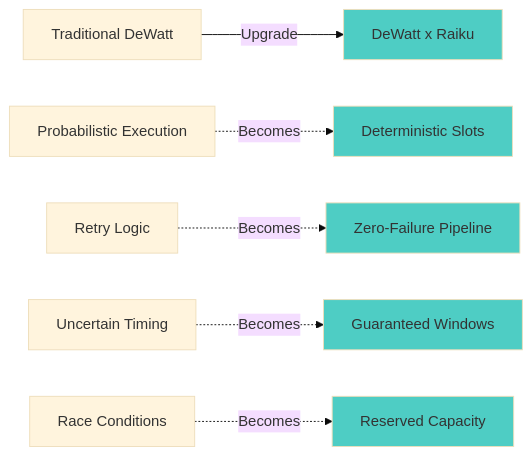
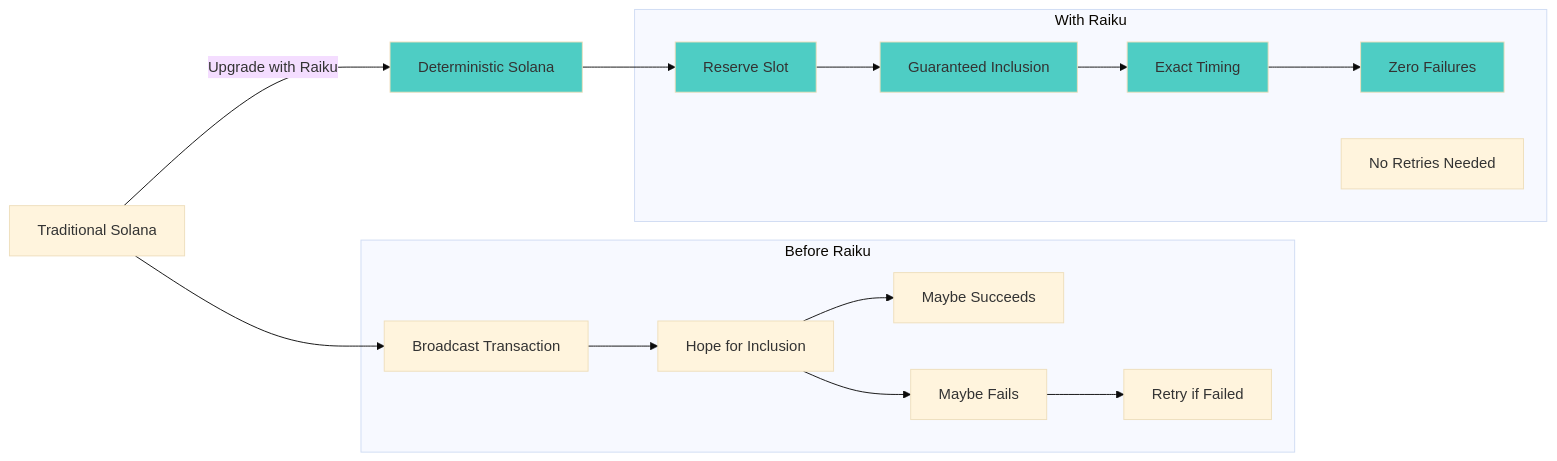
Before and after one commit to 7ttp/raiku-x-dewatt: the second of 5 diagrams in README.md, drawn with Mermaid (base theme). The commit also changed other lines of this file, not shown here.

````diff
--- a/README.md
+++ b/README.md
@@ -117,15 +190,30 @@
 ```mermaid
 graph LR
-    A[Traditional DeWatt] -->|Upgrade| B[DeWatt x Raiku]
+    A[Traditional Solana] -->|Upgrade with Raiku| B[Deterministic Solana]
     
-    A1[Probabilistic Execution] -.->|Becomes| B1[Deterministic Slots]
-    A2[Retry Logic] -.->|Becomes| B2[Zero-Failure Pipeline]
-    A3[Uncertain Timing] -.->|Becomes| B3[Guaranteed Windows]
-    A4[Race Conditions] -.->|Becomes| B4[Reserved Capacity]
+    subgraph "Before Raiku"
+        A1[Broadcast Transaction]
+        A2[Hope for Inclusion]
+        A3[Maybe Succeeds]
+        A4[Maybe Fails]
+        A5[Retry if Failed]
+    end
+    
+    subgraph "With Raiku"
+        B1[Reserve Slot]
+        B2[Guaranteed Inclusion]
+        B3[Exact Timing]
+        B4[Zero Failures]
+        B5[No Retries Needed]
+    end
+    
+    A --> A1 --> A2 --> A3
+    A2 --> A4 --> A5
+    B --> B1 --> B2 --> B3 --> B4
     
     style B fill:#4ecdc4
     style B1 fill:#4ecdc4
     style B2 fill:#4ecdc4
     style B3 fill:#4ecdc4
     style B4 fill:#4ecdc4
 ```
````
